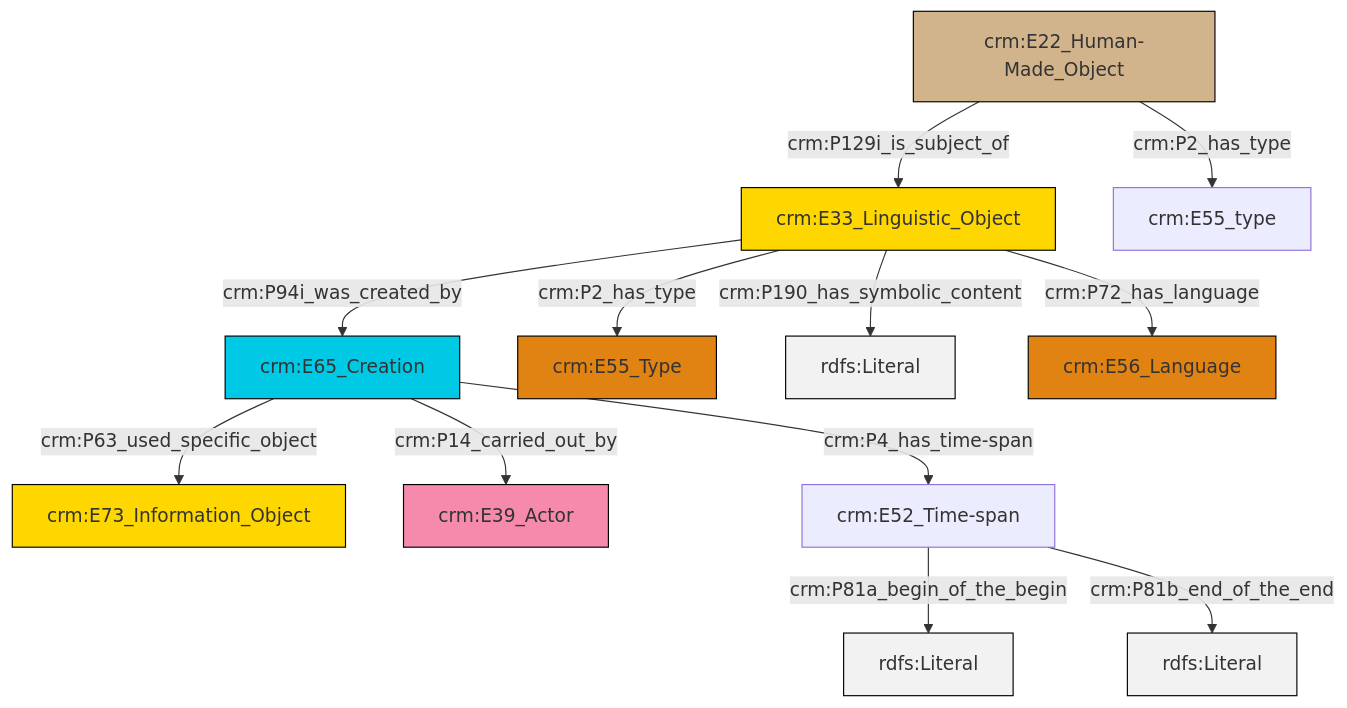
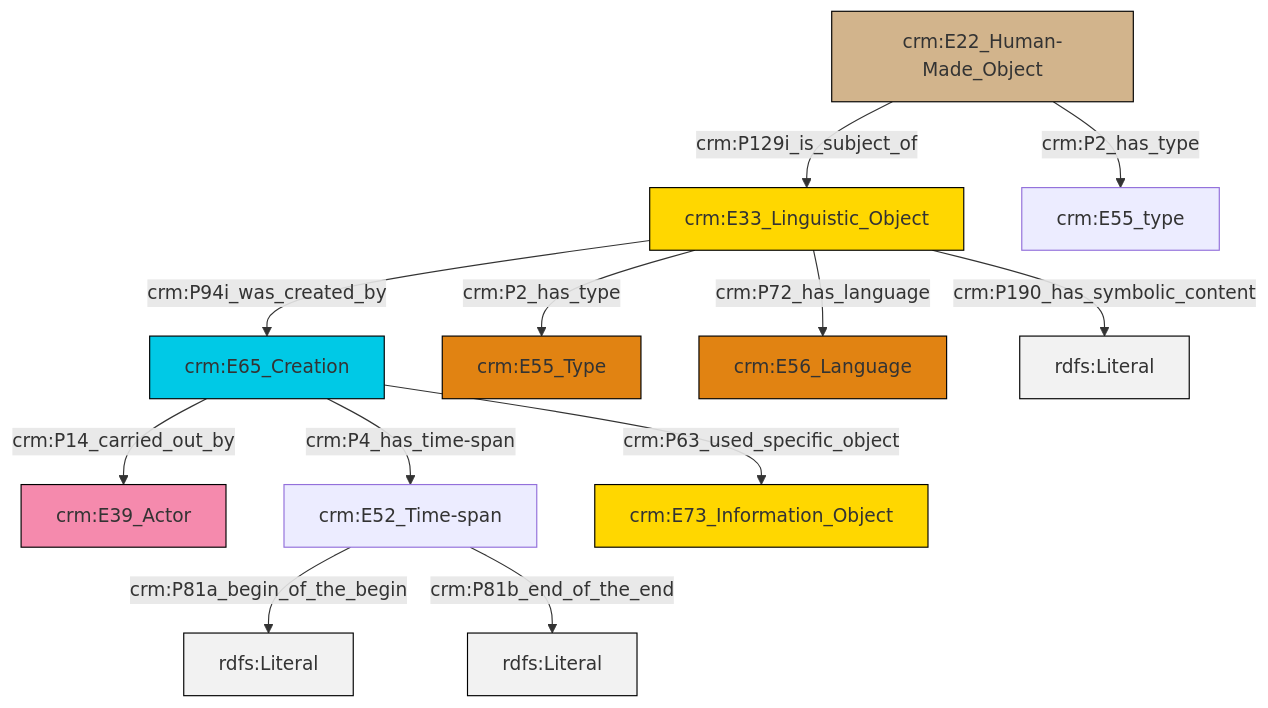
Before and after one commit to swiss-art-research-net/docs.swissartresearch: the diagram in et/builtWorkCSV/ttl/mmd/Built_Work_description.ttl.mmd, drawn with Mermaid. The commit also changed 181 other files, not shown here.

```diff
--- a/et/builtWorkCSV/ttl/mmd/Built_Work_description.ttl.mmd
+++ b/et/builtWorkCSV/ttl/mmd/Built_Work_description.ttl.mmd
@@ -1,26 +1,26 @@
 graph TD
 classDef Literal fill:#f2f2f2,stroke:#000000;
 classDef CRM_Entity fill:#FFFFFF,stroke:#000000;
 classDef Temporal_Entity fill:#00C9E6, stroke:#000000;
 classDef Type fill:#E18312, stroke:#000000;
 classDef Time-Span fill:#2C9C91, stroke:#000000;
 classDef Appellation fill:#FFEB7F, stroke:#000000;
 classDef Place fill:#008836, stroke:#000000;
 classDef Persistent_Item fill:#B266B2, stroke:#000000;
 classDef Conceptual_Object fill:#FFD700, stroke:#000000;
 classDef Physical_Thing fill:#D2B48C, stroke:#000000;
 classDef Actor fill:#f58aad, stroke:#000000;
 classDef PC_Classes fill:#4ce600, stroke:#000000;
 classDef Multi fill:#cccccc,stroke:#000000;
 
-2["crm:E65_Creation"]:::Temporal_Entity -->|crm:P14_carried_out_by| 3["crm:E39_Actor"]:::Actor
-4["crm:E52_Time-span"]:::Default -->|crm:P81a_begin_of_the_begin| 5[rdfs:Literal]:::Literal
-6["crm:E33_Linguistic_Object"]:::Conceptual_Object -->|crm:P2_has_type| 7["crm:E55_Type"]:::Type
-6["crm:E33_Linguistic_Object"]:::Conceptual_Object -->|crm:P94i_was_created_by| 2["crm:E65_Creation"]:::Temporal_Entity
-2["crm:E65_Creation"]:::Temporal_Entity -->|crm:P63_used_specific_object| 0["crm:E73_Information_Object"]:::Conceptual_Object
-2["crm:E65_Creation"]:::Temporal_Entity -->|crm:P4_has_time-span| 4["crm:E52_Time-span"]:::Default
-6["crm:E33_Linguistic_Object"]:::Conceptual_Object -->|crm:P190_has_symbolic_content| 13[rdfs:Literal]:::Literal
-6["crm:E33_Linguistic_Object"]:::Conceptual_Object -->|crm:P72_has_language| 14["crm:E56_Language"]:::Type
-4["crm:E52_Time-span"]:::Default -->|crm:P81b_end_of_the_end| 17[rdfs:Literal]:::Literal
-11["crm:E22_Human-Made_Object"]:::Physical_Thing -->|crm:P129i_is_subject_of| 6["crm:E33_Linguistic_Object"]:::Conceptual_Object
-11["crm:E22_Human-Made_Object"]:::Physical_Thing -->|crm:P2_has_type| 8["crm:E55_type"]:::Default
+0["crm:E65_Creation"]:::Temporal_Entity -->|crm:P14_carried_out_by| 1["crm:E39_Actor"]:::Actor
+4["crm:E33_Linguistic_Object"]:::Conceptual_Object -->|crm:P94i_was_created_by| 0["crm:E65_Creation"]:::Temporal_Entity
+5["crm:E22_Human-Made_Object"]:::Physical_Thing -->|crm:P129i_is_subject_of| 4["crm:E33_Linguistic_Object"]:::Conceptual_Object
+0["crm:E65_Creation"]:::Temporal_Entity -->|crm:P63_used_specific_object| 6["crm:E73_Information_Object"]:::Conceptual_Object
+2["crm:E52_Time-span"]:::Default -->|crm:P81a_begin_of_the_begin| 11[rdfs:Literal]:::Literal
+0["crm:E65_Creation"]:::Temporal_Entity -->|crm:P4_has_time-span| 2["crm:E52_Time-span"]:::Default
+4["crm:E33_Linguistic_Object"]:::Conceptual_Object -->|crm:P2_has_type| 13["crm:E55_Type"]:::Type
+5["crm:E22_Human-Made_Object"]:::Physical_Thing -->|crm:P2_has_type| 7["crm:E55_type"]:::Default
+2["crm:E52_Time-span"]:::Default -->|crm:P81b_end_of_the_end| 16[rdfs:Literal]:::Literal
+4["crm:E33_Linguistic_Object"]:::Conceptual_Object -->|crm:P190_has_symbolic_content| 19[rdfs:Literal]:::Literal
+4["crm:E33_Linguistic_Object"]:::Conceptual_Object -->|crm:P72_has_language| 17["crm:E56_Language"]:::Type
```
